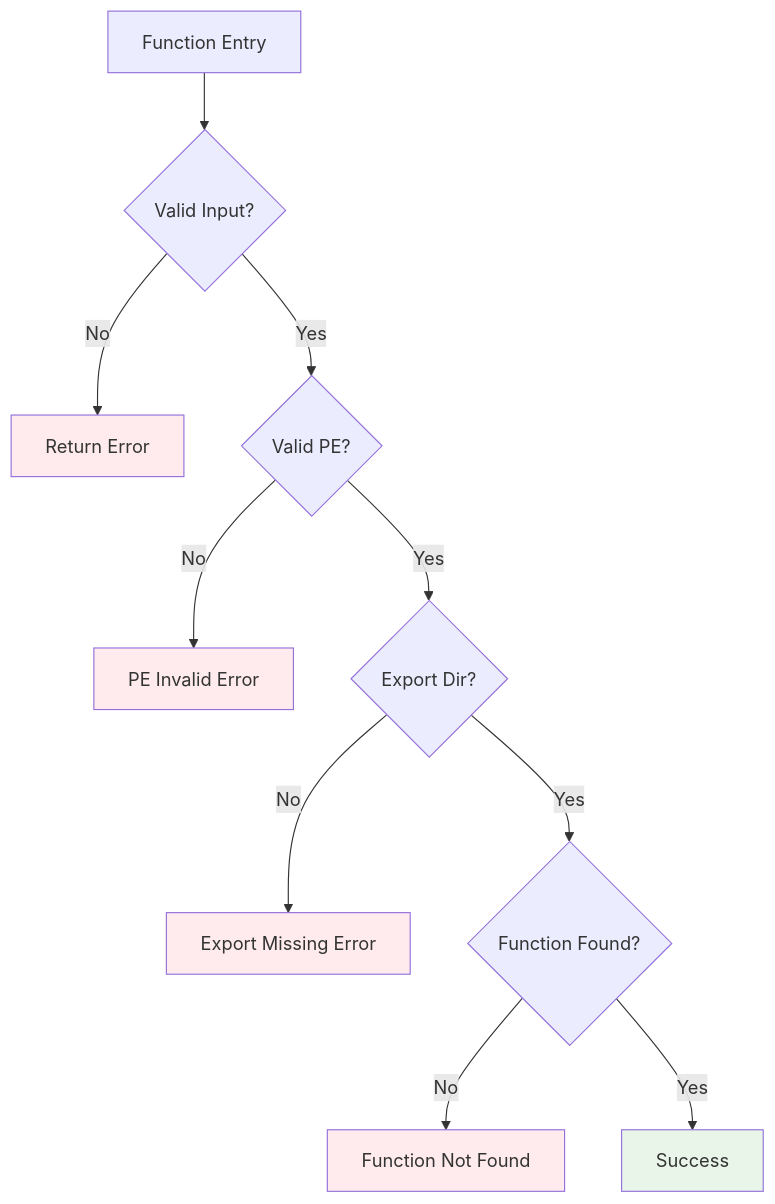
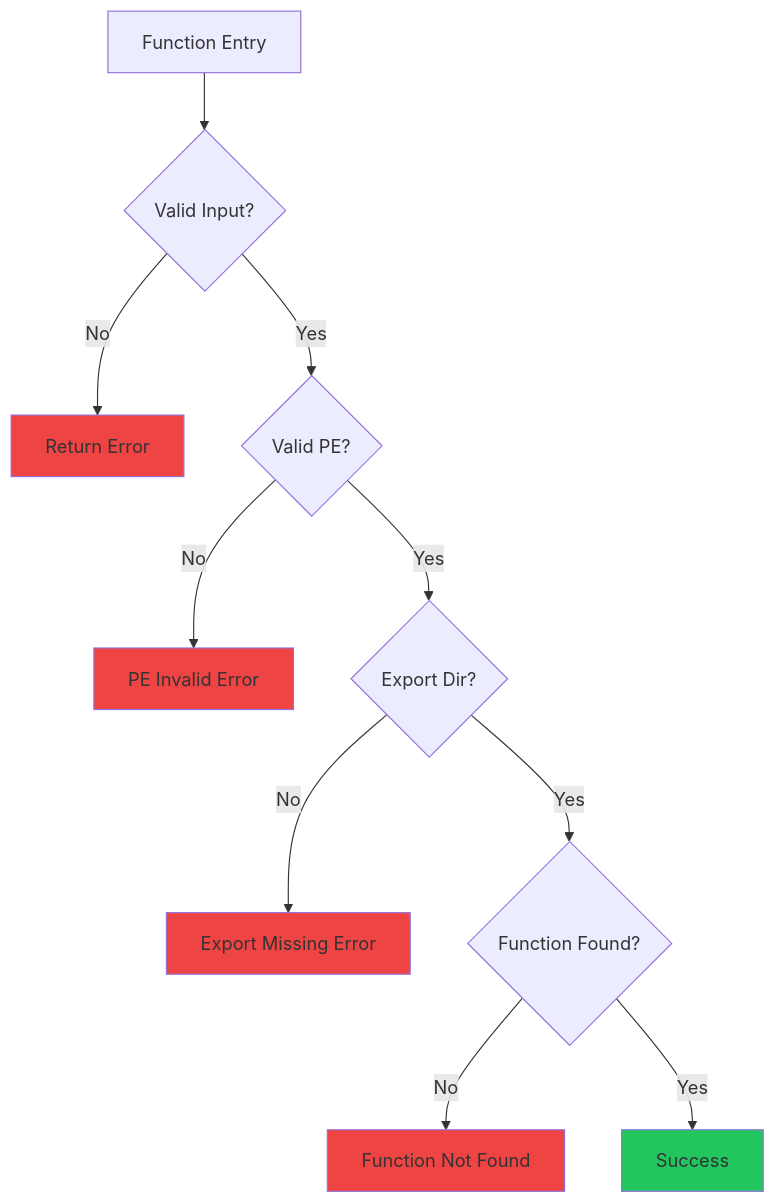
One commit to usuiWind/Windows-Import-Resolver changed the eighth of 11 diagrams in diagrams.md. Above: the diagram before and after it, drawn with Mermaid. The commit also changed other lines of this file, not shown here.

````diff
--- a/diagrams.md
+++ b/diagrams.md
@@ -170,18 +168,18 @@
 ```mermaid
 flowchart TD
     A[Function Entry] --> B{Valid Input?}
     B -->|No| C[Return Error]
     B -->|Yes| D{Valid PE?}
     D -->|No| E[PE Invalid Error]
     D -->|Yes| F{Export Dir?}
     F -->|No| G[Export Missing Error]
     F -->|Yes| H{Function Found?}
     H -->|No| I[Function Not Found]
     H -->|Yes| J[Success]
     
-    style C fill:#ffebee
-    style E fill:#ffebee
-    style G fill:#ffebee
-    style I fill:#ffebee
-    style J fill:#e8f5e8
+    style C fill:#ef4444
+    style E fill:#ef4444
+    style G fill:#ef4444
+    style I fill:#ef4444
+    style J fill:#22c55e
 ```
````
